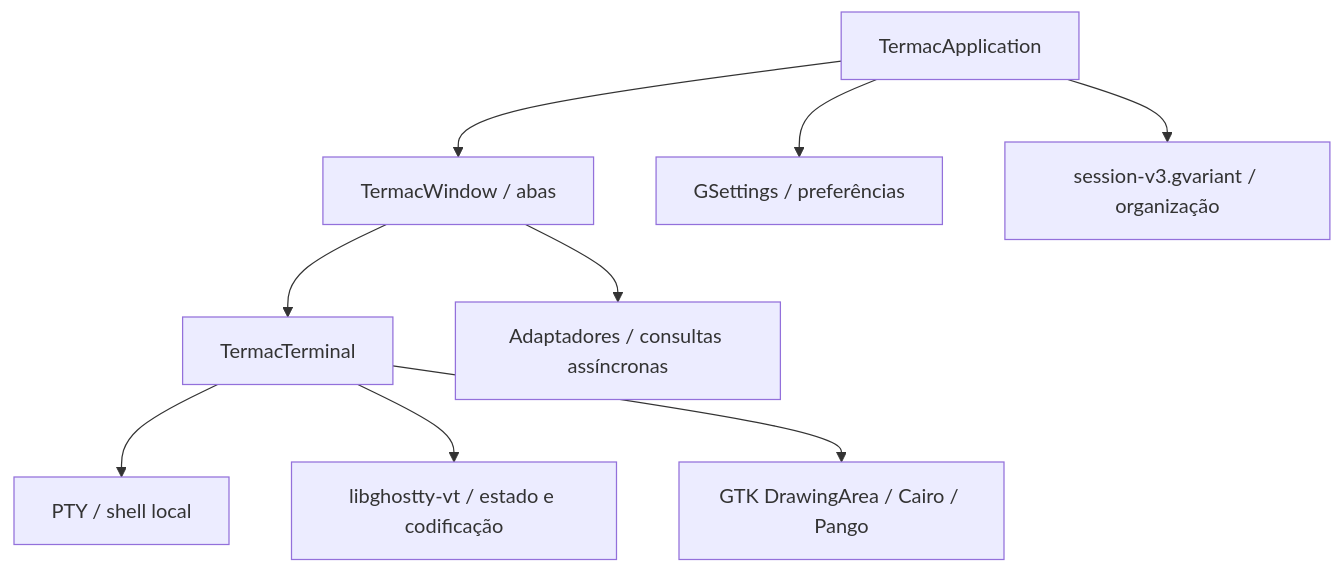
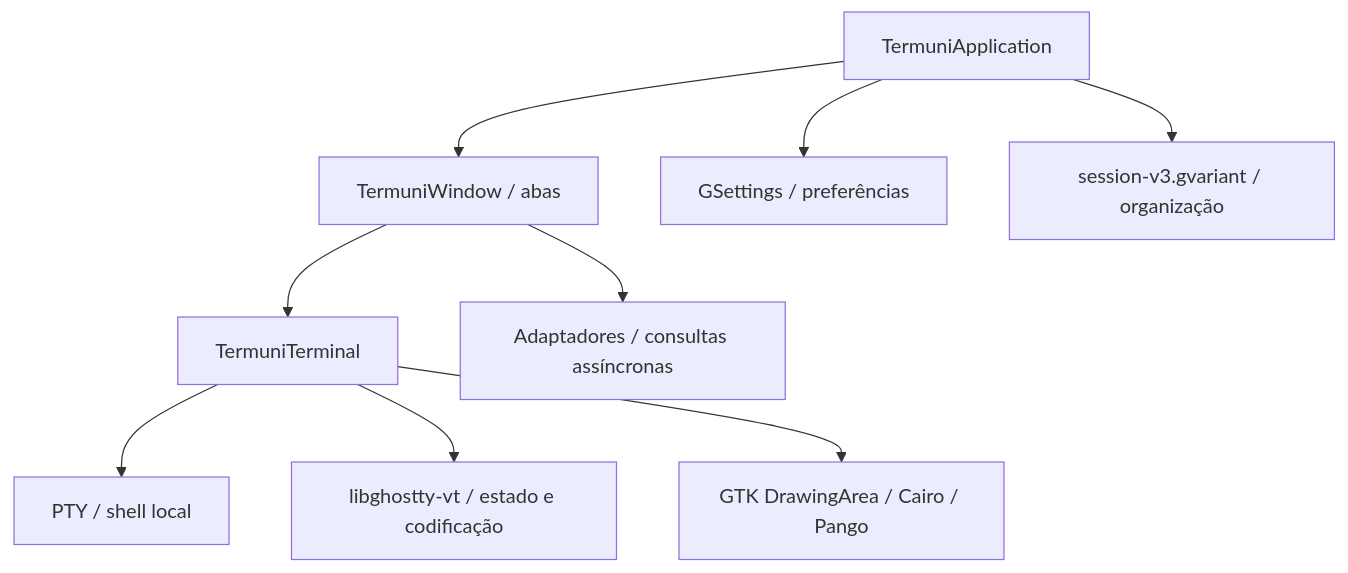
Before and after one commit to ThiagoAciole/Termuni: the diagram in PDR.Arquiteture.md, drawn with Mermaid. The commit also changed other lines of this file and 87 other files, not shown here.

First line of the commit message:
rename: Termac to Termuni with ID io.github.ThiagoAciole.Termuni

````diff
--- a/PDR.Arquiteture.md
+++ b/PDR.Arquiteture.md
@@ -56,11 +56,11 @@
 ```mermaid
 flowchart TD
-    App[TermacApplication] --> Window[TermacWindow / abas]
+    App[TermuniApplication] --> Window[TermuniWindow / abas]
     App --> Settings[GSettings / preferências]
     App --> Session[session-v3.gvariant / organização]
-    Window --> Terminal[TermacTerminal]
+    Window --> Terminal[TermuniTerminal]
     Window --> Agent[Adaptadores / consultas assíncronas]
     Terminal --> PTY[PTY / shell local]
     Terminal --> VT[libghostty-vt / estado e codificação]
     Terminal --> Draw[GTK DrawingArea / Cairo / Pango]
 ```
````
